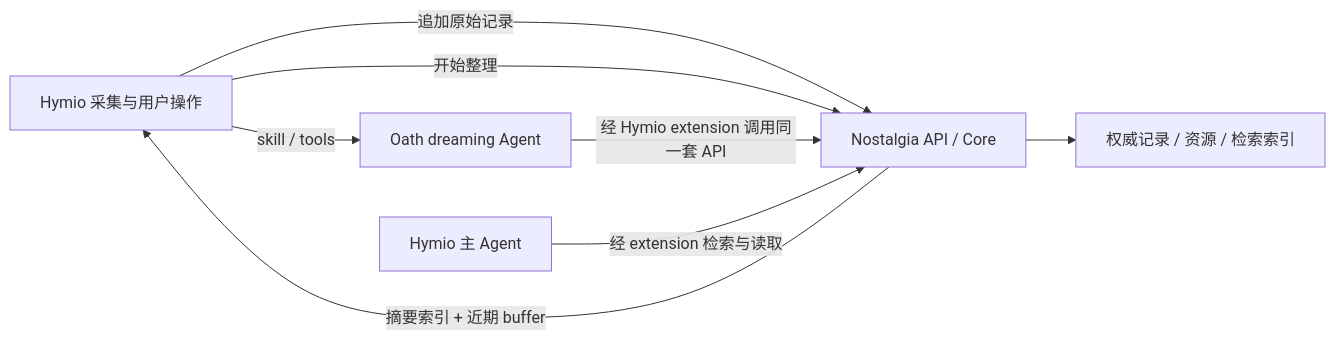
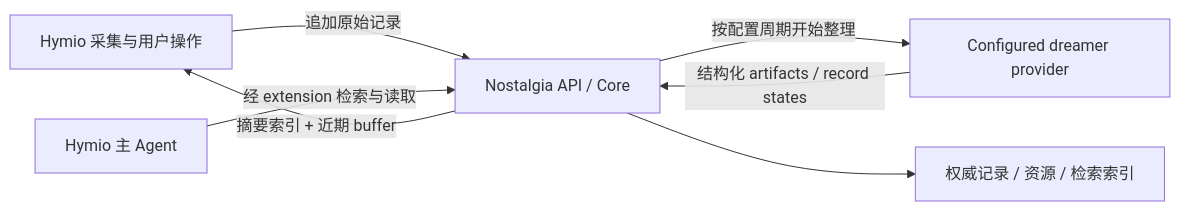
Before and after one commit to HymioSpace/Nostalgia: the diagram in spec/overview.md, drawn with Mermaid. The commit also changed other lines of this file and 10 other files, not shown here.

````diff
--- a/spec/overview.md
+++ b/spec/overview.md
@@ -21,10 +23,9 @@
 ```mermaid
 flowchart LR
     H[Hymio 采集与用户操作] -->|追加原始记录| N[Nostalgia API / Core]
-    H -->|开始整理| N
-    H -->|skill / tools| O[Oath dreaming Agent]
-    O -->|经 Hymio extension 调用同一套 API| N
+    N -->|按配置周期开始整理| P[Configured dreamer provider]
+    P -->|结构化 artifacts / record states| N
     N --> S[权威记录 / 资源 / 检索索引]
     N -->|摘要索引 + 近期 buffer| H
     A[Hymio 主 Agent] -->|经 extension 检索与读取| N
 ```
````
